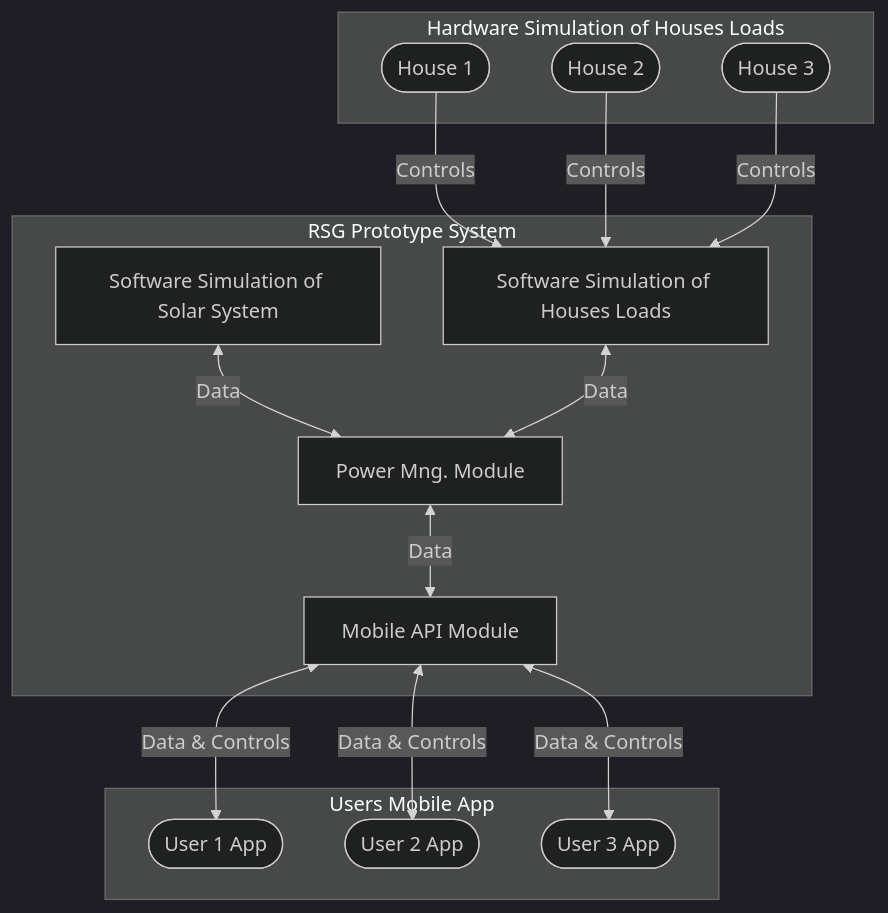
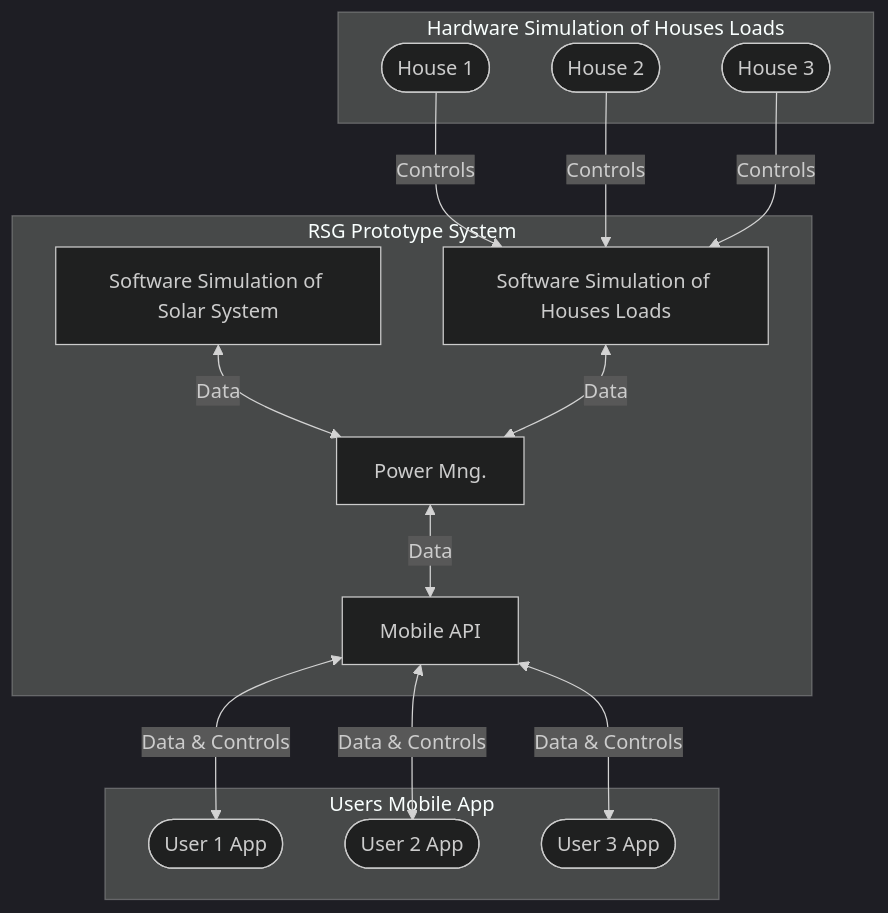
Before and after one commit to ezAldinWaez/residential-smart-grid-prototype: the diagram in graphs/rsg_prototype_system_graph.mermaid, drawn with Mermaid (dark theme). The commit also changed 1 other file, not shown here.

Commit message:
some edits on system graphs

```diff
--- a/graphs/rsg_prototype_system_graph.mermaid
+++ b/graphs/rsg_prototype_system_graph.mermaid
@@ -1,22 +1,22 @@
 graph TB
 
   subgraph HSHL[Hardware Simulation of Houses Loads]
     HSHL_H1([House 1])
     HSHL_H2([House 2])
     HSHL_H3([House 3])
   end
 
   subgraph RSGPS[RSG Prototype System]
     RSGPS_SSSS[Software Simulation of Solar System]
     RSGPS_SSHL[Software Simulation of Houses Loads]
-    RSGPS_PMM[Power Mng. Module]
-    RSGPS_MAM[Mobile API Module]
+    RSGPS_PM[Power Mng.]
+    RSGPS_MA[Mobile API]
   end
 
   subgraph UMA[Users Mobile App]
     UMA_U1([User 1 App]) & UMA_U2([User 2 App]) & UMA_U3([User 3 App])
   end
 
-  RSGPS_SSSS & RSGPS_SSHL <--Data--> RSGPS_PMM <--Data--> RSGPS_MAM
+  RSGPS_SSSS & RSGPS_SSHL <--Data--> RSGPS_PM <--Data--> RSGPS_MA
   HSHL_H1 & HSHL_H2 & HSHL_H3 --Controls--> RSGPS_SSHL
-  RSGPS_MAM <--Data & Controls--> UMA_U1 & UMA_U2 & UMA_U3
+  RSGPS_MA <--Data & Controls--> UMA_U1 & UMA_U2 & UMA_U3
```
